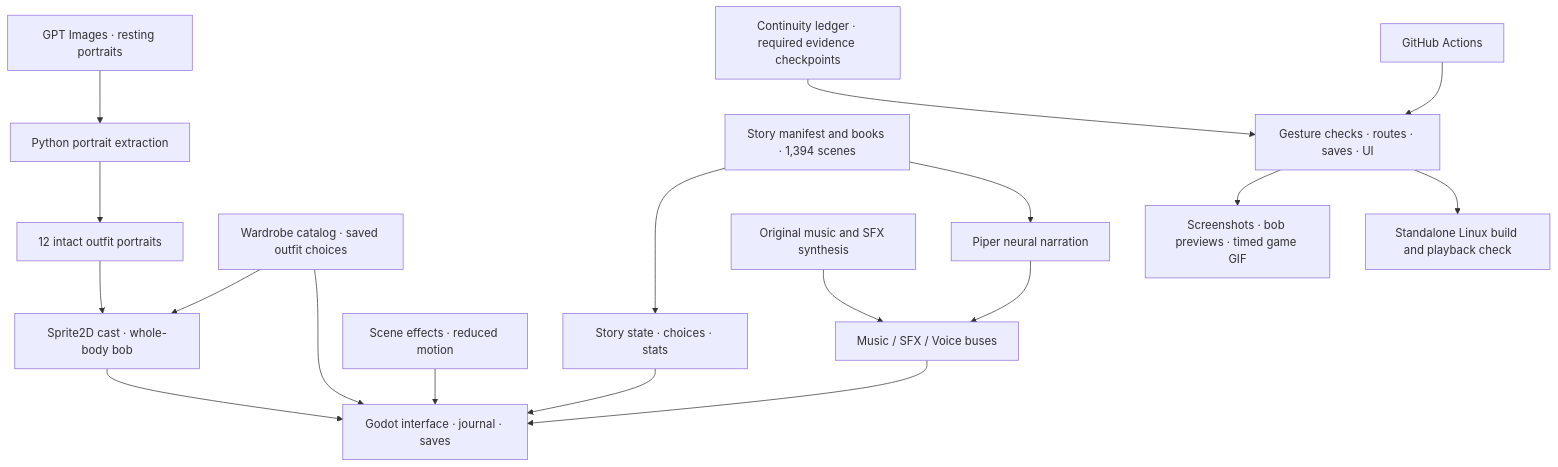
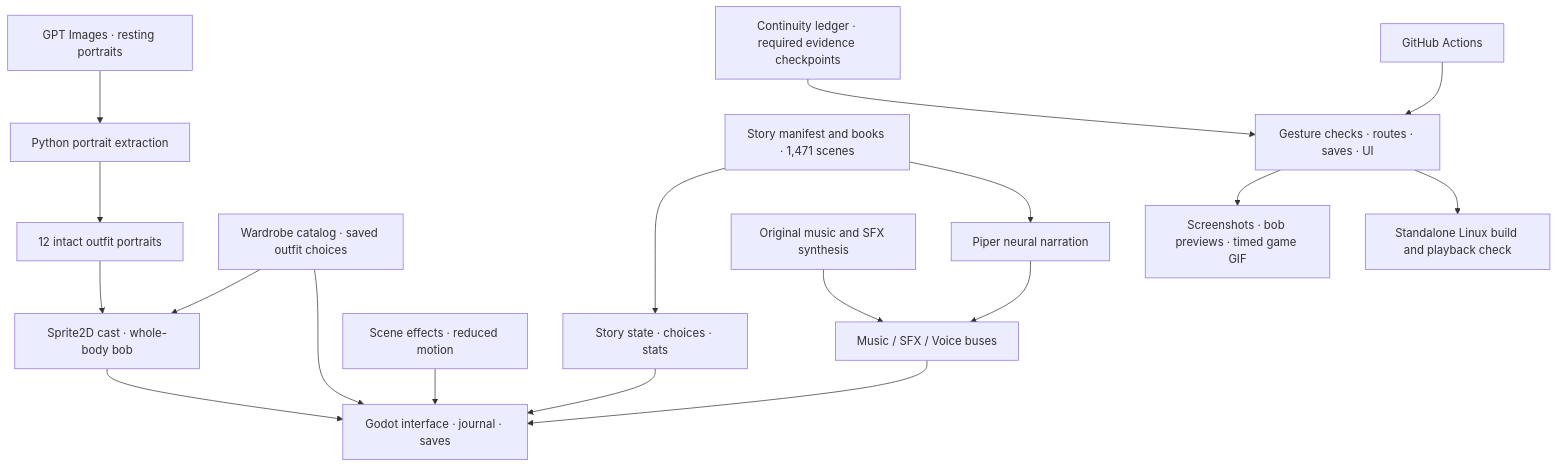
One commit to jgyy/octxian changed the diagram in README.md. Above: the diagram before and after it, drawn with Mermaid. The commit also changed other lines of this file, not shown here.

````diff
--- a/README.md
+++ b/README.md
@@ -200,20 +210,20 @@
 ```mermaid
 flowchart TD
     GPT["GPT Images · resting portraits"] --> Prep["Python portrait extraction"]
     Prep --> Portraits["12 intact outfit portraits"]
     Portraits --> Cast["Sprite2D cast · whole-body bob"]
-    JSON["Story manifest and books · 1,394 scenes"] --> State["Story state · choices · stats"]
+    JSON["Story manifest and books · 1,471 scenes"] --> State["Story state · choices · stats"]
     Canon["Continuity ledger · required evidence checkpoints"] --> Verify
     Effects["Scene effects · reduced motion"] --> UI
     State --> UI["Godot interface · journal · saves"]
     Wardrobe["Wardrobe catalog · saved outfit choices"] --> Cast
     Wardrobe --> UI
     Cast --> UI
     JSON --> Piper["Piper neural narration"]
     Synth["Original music and SFX synthesis"] --> Audio["Music / SFX / Voice buses"]
     Piper --> Audio
     Audio --> UI
     CI["GitHub Actions"] --> Verify["Gesture checks · routes · saves · UI"]
     Verify --> Capture["Screenshots · bob previews · timed game GIF"]
     Verify --> Build["Standalone Linux build and playback check"]
 ```
````
